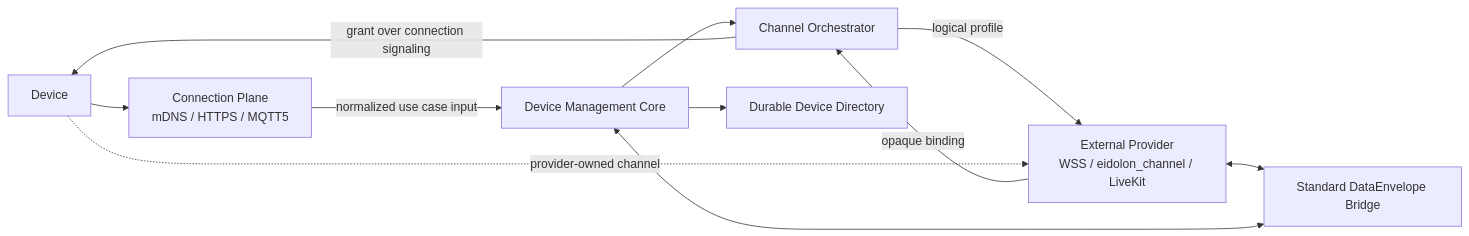
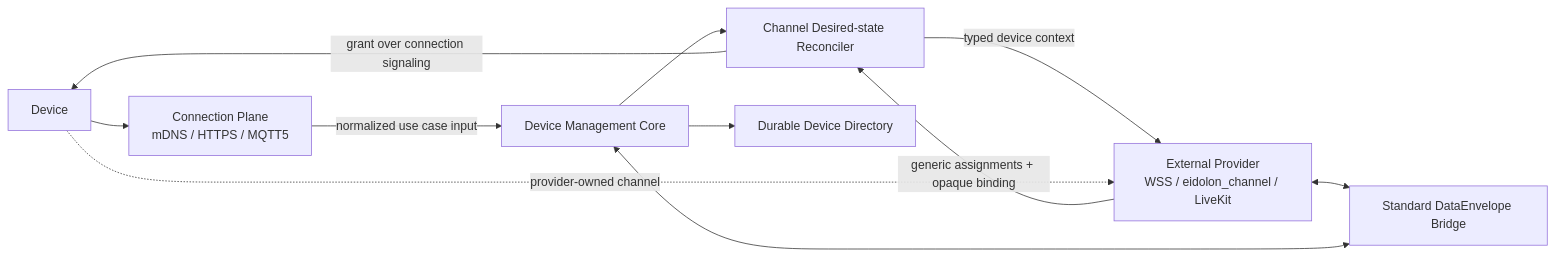
One commit to eidolon-os/eidolon_hub changed the first of 2 diagrams in docs/architecture/hub-three-plane.md. Above: the diagram before and after it, drawn with Mermaid. The commit also changed other lines of this file and 121 other files, not shown here.

Commit message:
refactor: simplify channel provider and composition boundaries

````diff
--- a/docs/architecture/hub-three-plane.md
+++ b/docs/architecture/hub-three-plane.md
@@ -7,21 +7,21 @@
 ```mermaid
 flowchart LR
     Device["Device"]
     Connection["Connection Plane<br/>mDNS / HTTPS / MQTT5"]
     Core["Device Management Core"]
-    Orchestrator["Channel Orchestrator"]
+    Orchestrator["Channel Desired-state Reconciler"]
     Provider["External Provider<br/>WSS / eidolon_channel / LiveKit"]
     Bridge["Standard DataEnvelope Bridge"]
     Directory["Durable Device Directory"]
 
     Device --> Connection
     Connection -->|"normalized use case input"| Core
     Core --> Orchestrator
-    Orchestrator -->|"logical profile"| Provider
-    Provider -->|"opaque binding"| Orchestrator
+    Orchestrator -->|"typed device context"| Provider
+    Provider -->|"generic assignments + opaque binding"| Orchestrator
     Orchestrator -->|"grant over connection signaling"| Device
     Device -.->|"provider-owned channel"| Provider
     Provider <--> Bridge
     Bridge <--> Core
     Core --> Directory
 ```
````
